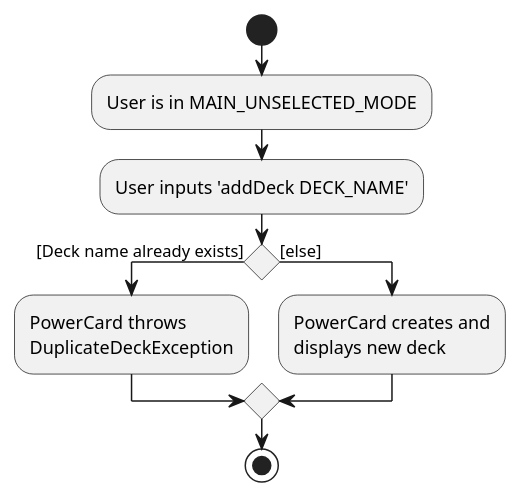
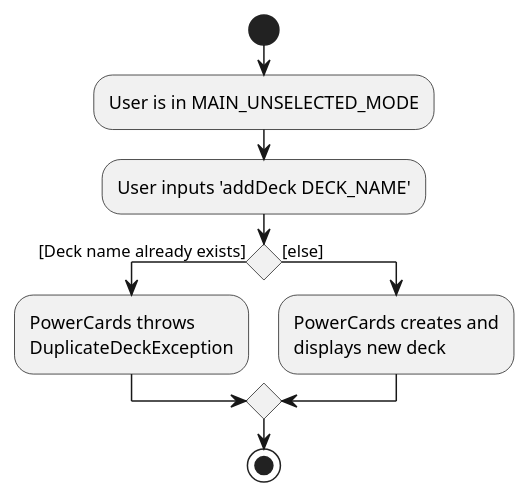
Before and after one commit to nus-cs2103-AY2223S2/tp: the diagram in docs/diagrams/AddDeckActivityDiagram.puml, drawn with PlantUML. The commit also changed 8 other files, not shown here.

Commit message:
Update instances of PowerCard to PowerCards

```diff
--- a/docs/diagrams/AddDeckActivityDiagram.puml
+++ b/docs/diagrams/AddDeckActivityDiagram.puml
@@ -1,17 +1,17 @@
 @startuml
 
 start
 :User is in MAIN_UNSELECTED_MODE;
 :User inputs 'addDeck DECK_NAME';
 
 if () then ([Deck name already exists])
-    :PowerCard throws
+    :PowerCards throws
     DuplicateDeckException;
 else ([else])
-    :PowerCard creates and
+    :PowerCards creates and
     displays new deck;
 
 endif
 
 stop
 @enduml
```
